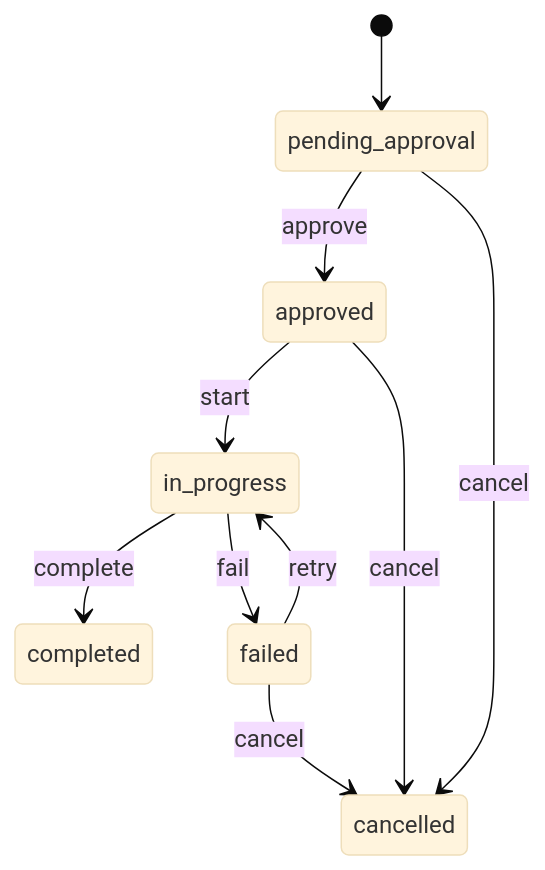
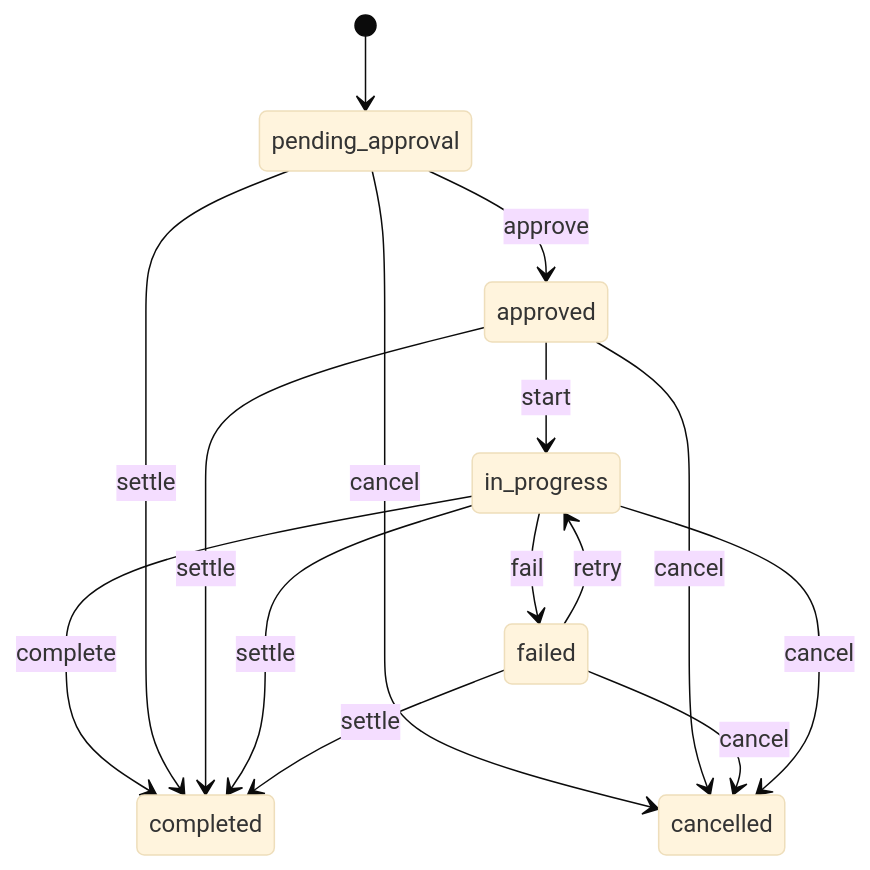
One commit to Virus-777/ecommerce changed the second of 4 diagrams in docs/api/modules/support.md. Above: the diagram before and after it, drawn with Mermaid (base theme). The commit also changed other lines of this file and 66 other files, not shown here.

````diff
--- a/docs/api/modules/support.md
+++ b/docs/api/modules/support.md
@@ -639,12 +643,17 @@
 ```mermaid
 stateDiagram-v2
   [*] --> pending_approval
   pending_approval --> approved: approve
   approved --> in_progress: start
   in_progress --> completed: complete
   in_progress --> failed: fail
   failed --> in_progress: retry
   pending_approval --> cancelled: cancel
   approved --> cancelled: cancel
   failed --> cancelled: cancel
+  pending_approval --> completed: settle
+  approved --> completed: settle
+  in_progress --> completed: settle
+  failed --> completed: settle
+  in_progress --> cancelled: cancel
 ```
````
